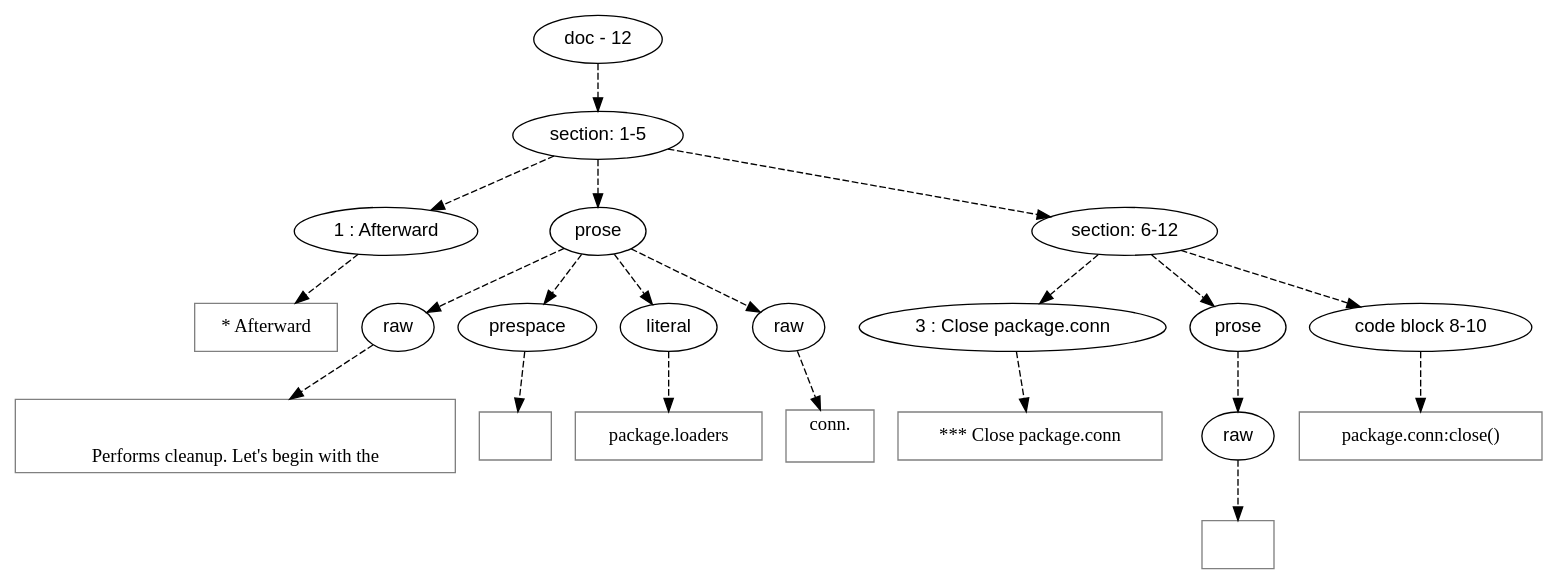
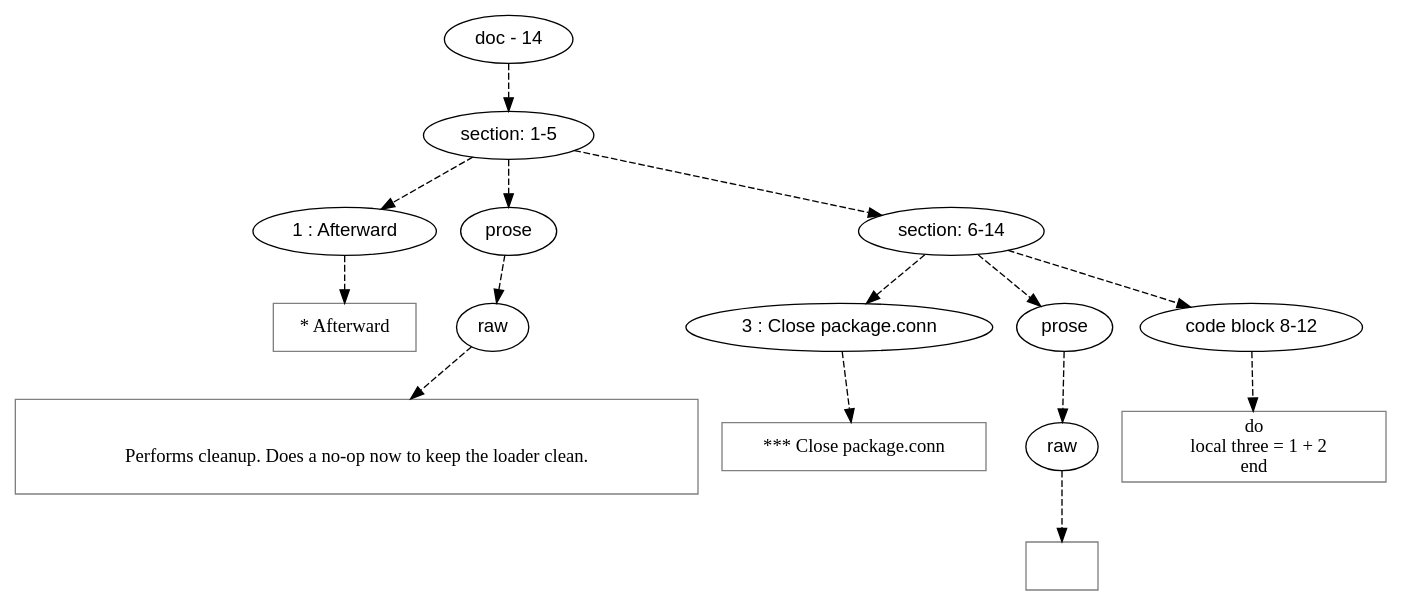
One commit to orb-lang/pylon changed the diagram in doc/dot/afterward.dot. Above: the diagram before and after it, drawn with Graphviz. The commit also changed 14 other files, not shown here.

```diff
--- a/doc/dot/afterward.dot
+++ b/doc/dot/afterward.dot
@@ -1,101 +1,85 @@
 digraph lpegNode {
 
 node [fontname=Helvetica]
 edge [style=dashed]
 
-doc_0 [label="doc - 12"]
+doc_0 [label="doc - 14"]
 
 
 doc_0 -> { section_1}
 {rank=same; section_1}
 
 section_1 [label="section: 1-5"]
 
 
 // END RANK doc_0
 
 section_1 -> { header_2 prose_3 section_4}
 {rank=same; header_2 prose_3 section_4}
 
 header_2 [label="1 : Afterward"]
 
 prose_3 [label="prose"]
 
-section_4 [label="section: 6-12"]
+section_4 [label="section: 6-14"]
 
 
 // END RANK section_1
 
 header_2 -> leaf_5
 leaf_5  [color=Gray,shape=rectangle,fontname=Inconsolata,label="* Afterward"]
 // END RANK header_2
 
-prose_3 -> { raw_6 prespace_7 literal_8 raw_9}
-{rank=same; raw_6 prespace_7 literal_8 raw_9}
+prose_3 -> { raw_6}
+{rank=same; raw_6}
 
 raw_6 [label="raw"]
-
-prespace_7 [label="prespace"]
-
-literal_8 [label="literal"]
-
-raw_9 [label="raw"]
 
 
 // END RANK prose_3
 
-raw_6 -> leaf_10
-leaf_10  [color=Gray,shape=rectangle,fontname=Inconsolata,label="
+raw_6 -> leaf_7
+leaf_7  [color=Gray,shape=rectangle,fontname=Inconsolata,label="
 
-Performs cleanup. Let's begin with the"]
+Performs cleanup. Does a no-op now to keep the loader clean.
+
+"]
 // END RANK raw_6
 
-prespace_7 -> leaf_11
-leaf_11  [color=Gray,shape=rectangle,fontname=Inconsolata,label=" "]
-// END RANK prespace_7
+section_4 -> { header_8 prose_9 codeblock_10}
+{rank=same; header_8 prose_9 codeblock_10}
 
-literal_8 -> leaf_12
-leaf_12  [color=Gray,shape=rectangle,fontname=Inconsolata,label="package.loaders"]
-// END RANK literal_8
+header_8 [label="3 : Close package.conn"]
 
-raw_9 -> leaf_13
-leaf_13  [color=Gray,shape=rectangle,fontname=Inconsolata,label=" conn.
+prose_9 [label="prose"]
 
-"]
-// END RANK raw_9
-
-section_4 -> { header_14 prose_15 codeblock_16}
-{rank=same; header_14 prose_15 codeblock_16}
-
-header_14 [label="3 : Close package.conn"]
-
-prose_15 [label="prose"]
-
-codeblock_16 [label="code block 8-10"]
+codeblock_10 [label="code block 8-12"]
 
 
 // END RANK section_4
 
-header_14 -> leaf_17
-leaf_17  [color=Gray,shape=rectangle,fontname=Inconsolata,label="*** Close package.conn"]
-// END RANK header_14
+header_8 -> leaf_11
+leaf_11  [color=Gray,shape=rectangle,fontname=Inconsolata,label="*** Close package.conn"]
+// END RANK header_8
 
-prose_15 -> { raw_18}
-{rank=same; raw_18}
+prose_9 -> { raw_12}
+{rank=same; raw_12}
 
-raw_18 [label="raw"]
+raw_12 [label="raw"]
 
 
-// END RANK prose_15
+// END RANK prose_9
 
-raw_18 -> leaf_19
-leaf_19  [color=Gray,shape=rectangle,fontname=Inconsolata,label="
+raw_12 -> leaf_13
+leaf_13  [color=Gray,shape=rectangle,fontname=Inconsolata,label="
 "]
-// END RANK raw_18
+// END RANK raw_12
 
-codeblock_16 -> leaf_20
-leaf_20  [color=Gray,shape=rectangle,fontname=Inconsolata,label="package.conn:close()"]
-// END RANK codeblock_16
+codeblock_10 -> leaf_14
+leaf_14  [color=Gray,shape=rectangle,fontname=Inconsolata,label="do
+   local three = 1 + 2
+end"]
+// END RANK codeblock_10
 
 
 }
```
